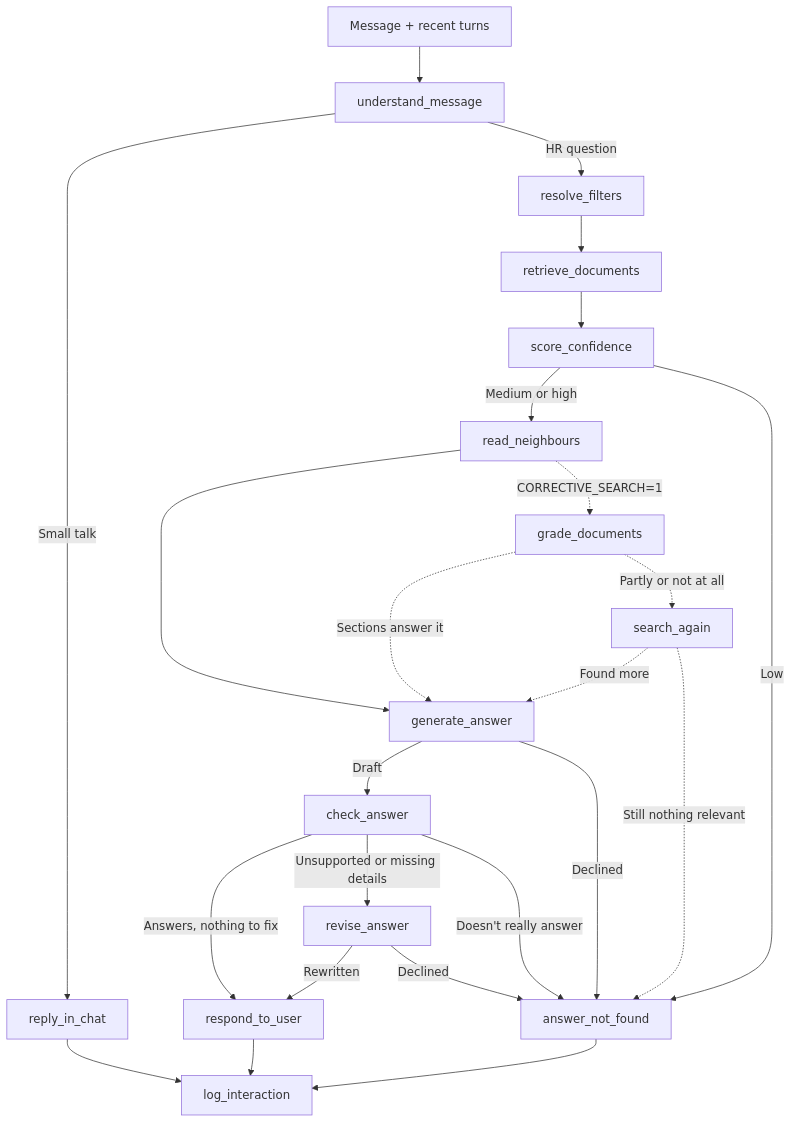
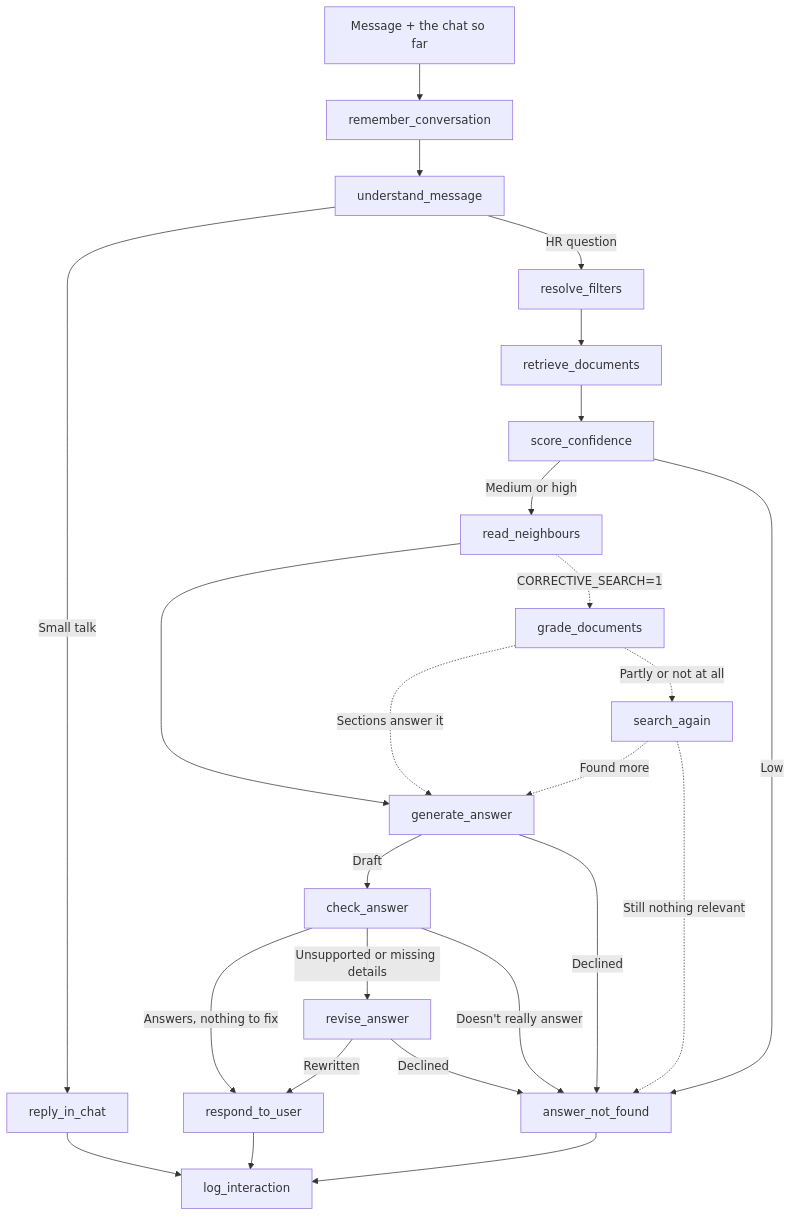
The second of 2 diagrams in README.md (ShishirRijal/hr-onboarding-agent), drawn with Mermaid before and after one commit. The commit also changed other lines of this file and 18 other files, not shown here.

````diff
--- a/README.md
+++ b/README.md
@@ -88,26 +89,27 @@
 ```mermaid
 flowchart TD
-  Q[Message + recent turns] --> UM[understand_message]
+  Q[Message + the chat so far] --> RC[remember_conversation]
+  RC --> UM[understand_message]
   UM -->|Small talk| CH[reply_in_chat]
   UM -->|HR question| RF[resolve_filters]
   RF --> RD[retrieve_documents]
   RD --> SC[score_confidence]
   SC -->|Medium or high| RN[read_neighbours]
   SC -->|Low| NF[answer_not_found]
   RN --> GA[generate_answer]
   RN -.->|CORRECTIVE_SEARCH=1| GD[grade_documents]
   GD -.->|Sections answer it| GA
   GD -.->|Partly or not at all| SA[search_again]
   SA -.->|Found more| GA
   SA -.->|Still nothing relevant| NF
   GA -->|Draft| CA[check_answer]
   GA -->|Declined| NF
   CA -->|Answers, nothing to fix| RU[respond_to_user]
   CA -->|Unsupported or missing details| RA[revise_answer]
   CA -->|Doesn't really answer| NF
   RA -->|Rewritten| RU
   RA -->|Declined| NF
   CH --> LI[log_interaction]
   RU --> LI
   NF --> LI
 ```
````
